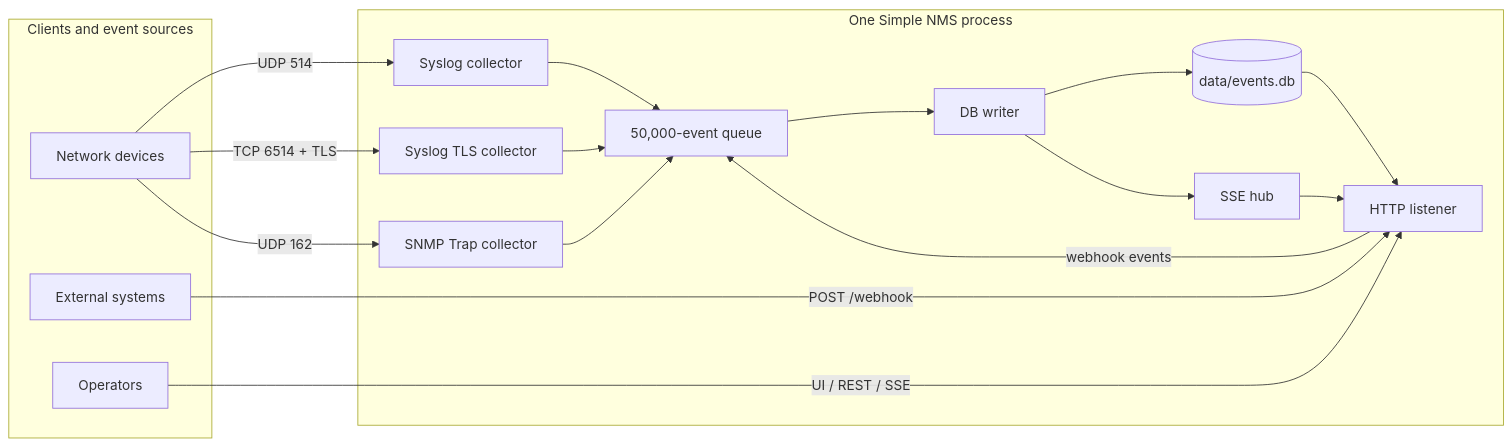
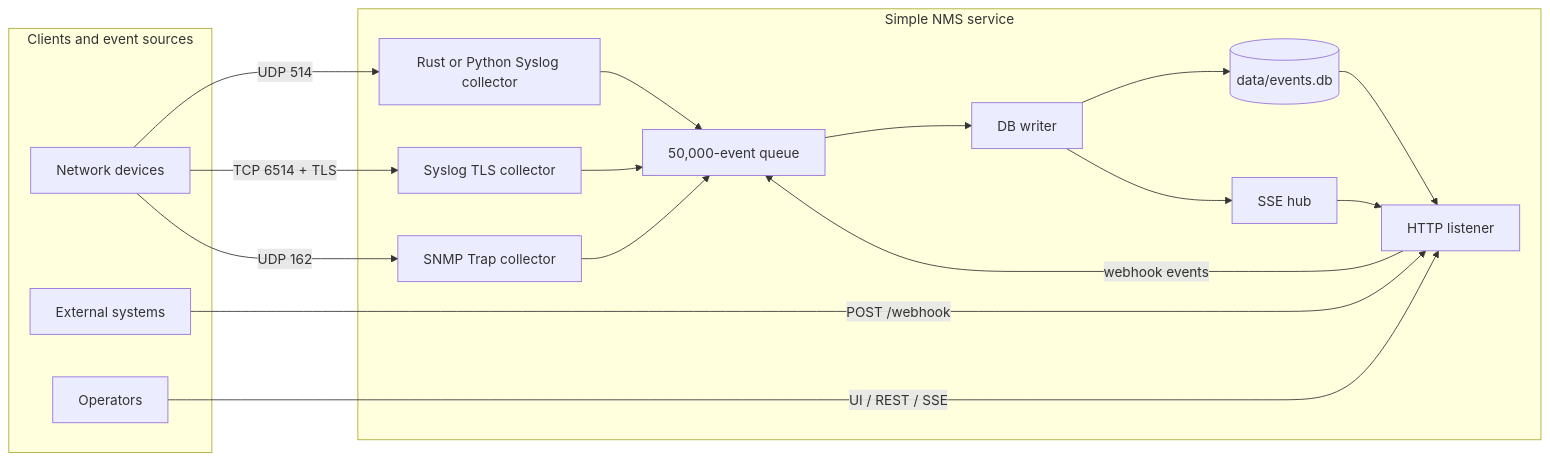
The diagram in docs/INSTALL.md (echoapus/simple-nms), drawn with Mermaid before and after one commit. The commit also changed other lines of this file and 16 other files, not shown here.

Commit message:
Add selectable Rust syslog collector

````diff
--- a/docs/INSTALL.md
+++ b/docs/INSTALL.md
@@ -17,30 +17,30 @@
 ```mermaid
 flowchart LR
     subgraph SOURCES[Clients and event sources]
         DEVICES[Network devices]
         SYSTEMS[External systems]
         ADMINS[Operators]
     end
 
-    subgraph PROCESS[One Simple NMS process]
-        SYSLOG[Syslog collector]
+    subgraph PROCESS[Simple NMS service]
+        SYSLOG[Rust or Python Syslog collector]
         TLS[Syslog TLS collector]
         SNMP[SNMP Trap collector]
         HTTP[HTTP listener]
         SYSLOG --> Q[50,000-event queue]
         TLS --> Q
         SNMP --> Q
         HTTP -->|webhook events| Q
         Q --> WRITER[DB writer]
         WRITER --> DB[(data/events.db)]
         DB --> HTTP
         WRITER --> SSE[SSE hub]
         SSE --> HTTP
     end
 
     DEVICES -->|UDP 514| SYSLOG
     DEVICES -->|TCP 6514 + TLS| TLS
     DEVICES -->|UDP 162| SNMP
     SYSTEMS -->|POST /webhook| HTTP
     ADMINS -->|UI / REST / SSE| HTTP
 ```
````
